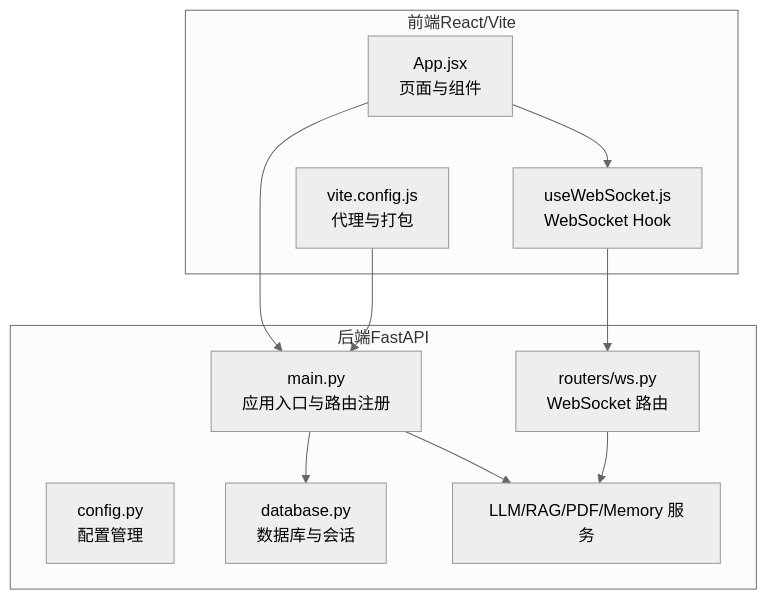
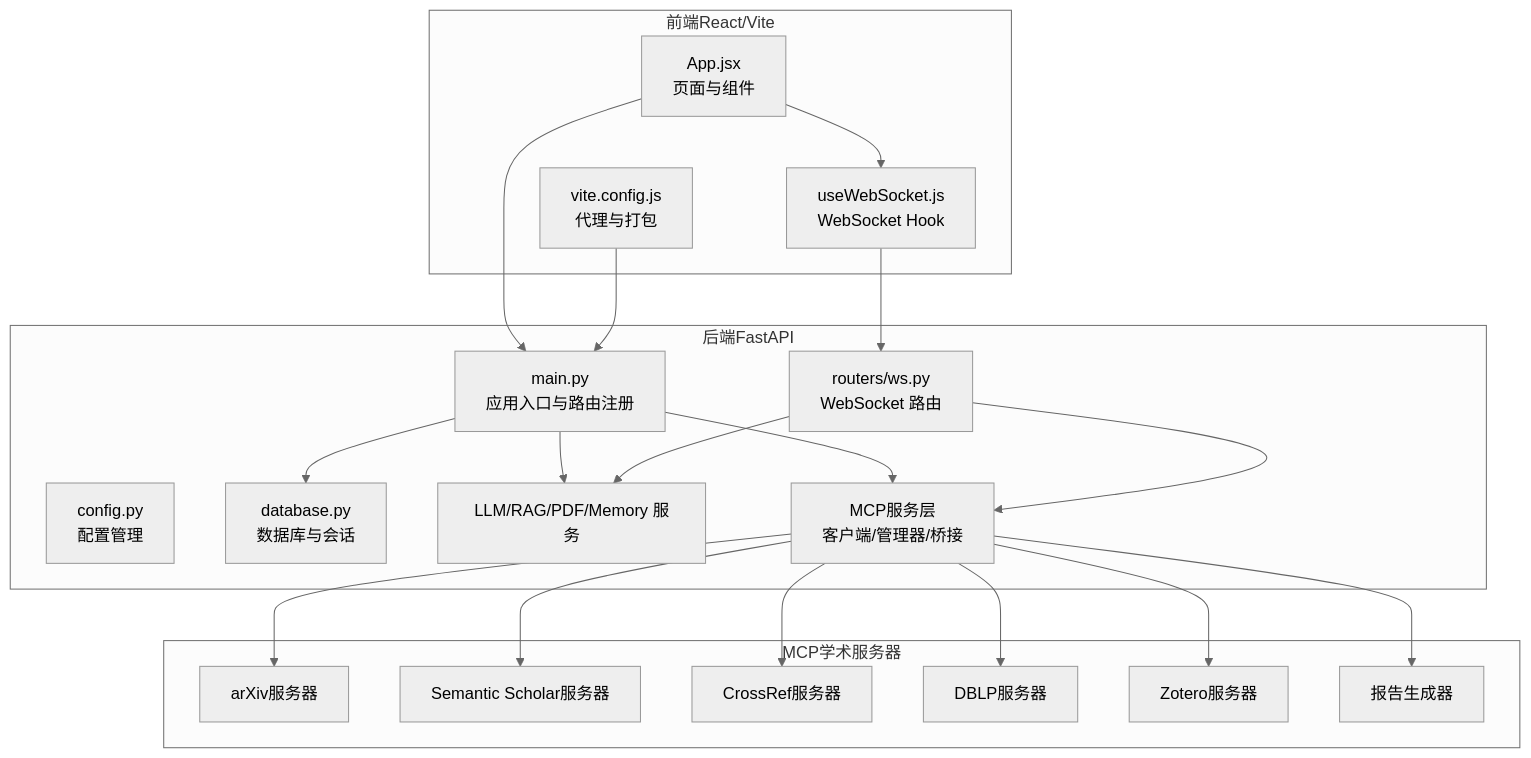
One commit to laohanhahaha/PaperChat changed the first of 15 diagrams in .qoder/repowiki/zh/content/架构设计/架构设计.md. Above: the diagram before and after it, drawn with Mermaid (neutral theme). The commit also changed other lines of this file and 59 other files, not shown here.

````diff
--- a/.qoder/repowiki/zh/content/架构设计/架构设计.md
+++ b/.qoder/repowiki/zh/content/架构设计/架构设计.md
@@ -42,22 +64,39 @@
 ```mermaid
 graph TB
 subgraph "前端React/Vite"
 FE_App["App.jsx<br/>页面与组件"]
 FE_WS["useWebSocket.js<br/>WebSocket Hook"]
 FE_Vite["vite.config.js<br/>代理与打包"]
 end
 subgraph "后端FastAPI"
 BE_Main["main.py<br/>应用入口与路由注册"]
 BE_Config["config.py<br/>配置管理"]
 BE_DB["database.py<br/>数据库与会话"]
 BE_WS["routers/ws.py<br/>WebSocket 路由"]
 BE_Services["LLM/RAG/PDF/Memory 服务"]
+BE_MCP["MCP服务层<br/>客户端/管理器/桥接"]
+end
+subgraph "MCP学术服务器"
+MCP_Arxiv["arXiv服务器"]
+MCP_Semantic["Semantic Scholar服务器"]
+MCP_Crossref["CrossRef服务器"]
+MCP_DBLP["DBLP服务器"]
+MCP_Zotero["Zotero服务器"]
+MCP_Report["报告生成器"]
 end
 FE_App --> FE_WS
 FE_WS --> BE_WS
 FE_App --> BE_Main
 FE_Vite --> BE_Main
 BE_Main --> BE_DB
 BE_Main --> BE_Services
+BE_Main --> BE_MCP
 BE_WS --> BE_Services
+BE_WS --> BE_MCP
+BE_MCP --> MCP_Arxiv
+BE_MCP --> MCP_Semantic
+BE_MCP --> MCP_Crossref
+BE_MCP --> MCP_DBLP
+BE_MCP --> MCP_Zotero
+BE_MCP --> MCP_Report
 ```
````
